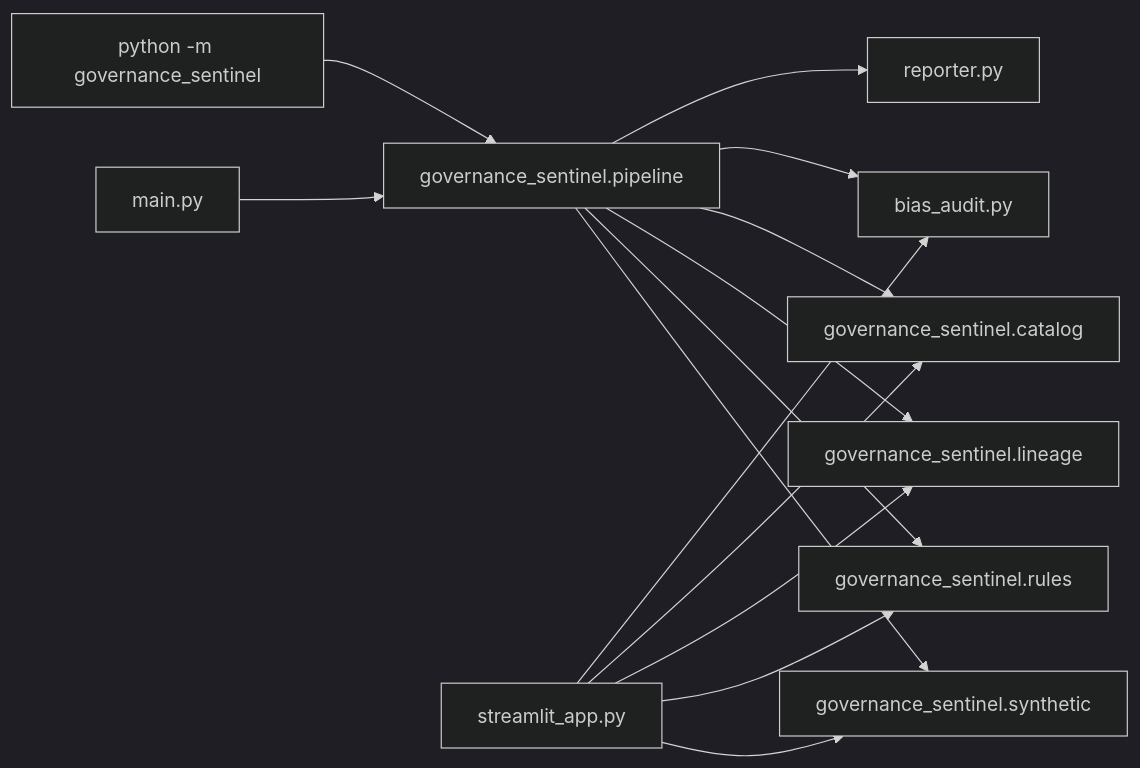
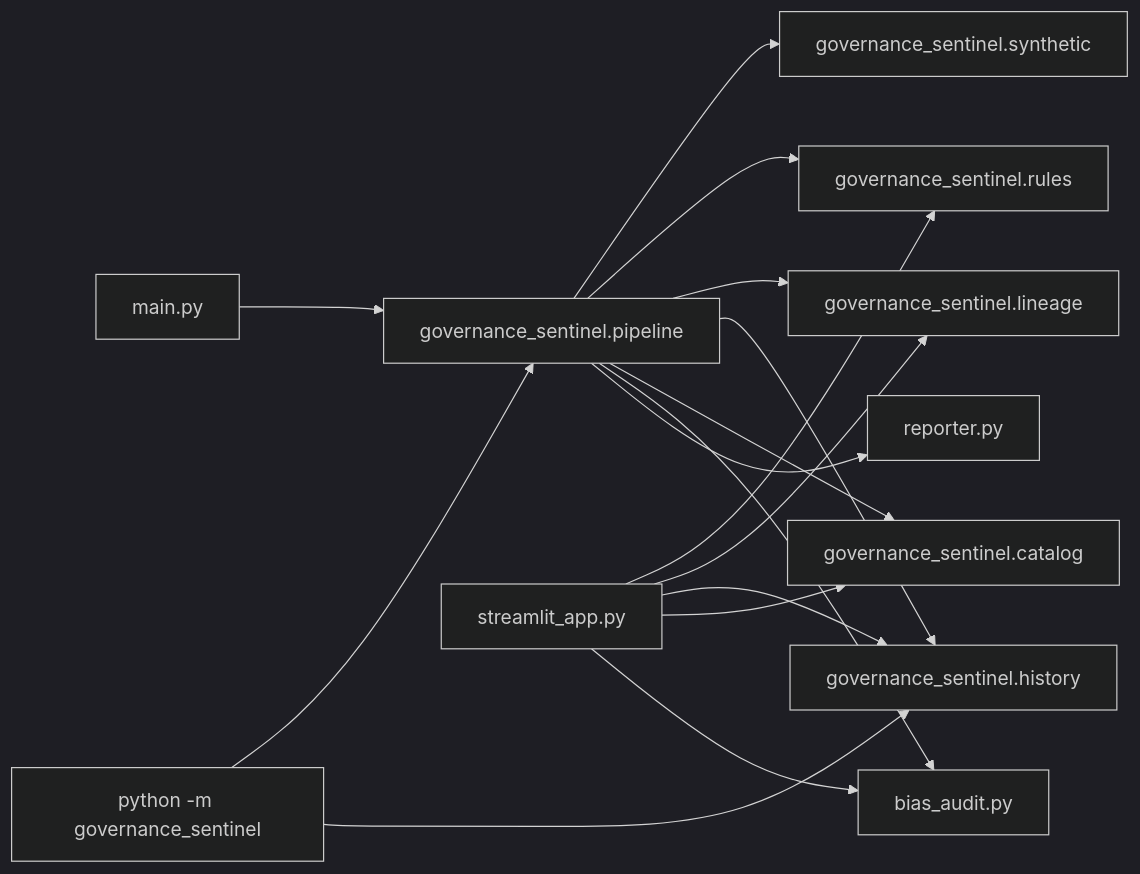
The fifth of 6 diagrams in README.md (delens/Governance-Sentinel), drawn with Mermaid (dark theme) before and after one commit. The commit also changed other lines of this file and 25 other files, not shown here.

````diff
--- a/README.md
+++ b/README.md
@@ -210,27 +240,30 @@
 ```mermaid
 flowchart LR
   mainPy["main.py"]
   cli["python -m governance_sentinel"]
   pipeline["governance_sentinel.pipeline"]
   synthetic["governance_sentinel.synthetic"]
   rulesPy["governance_sentinel.rules"]
   lineagePy["governance_sentinel.lineage"]
+  historyPy["governance_sentinel.history"]
   catalogPy["governance_sentinel.catalog"]
   biasPy["bias_audit.py"]
   reporterPy["reporter.py"]
   app["streamlit_app.py"]
 
   mainPy --> pipeline
   cli --> pipeline
+  cli --> historyPy
   pipeline --> synthetic
   pipeline --> rulesPy
   pipeline --> lineagePy
+  pipeline --> historyPy
   pipeline --> catalogPy
   pipeline --> biasPy
   pipeline --> reporterPy
-  app --> synthetic
   app --> rulesPy
   app --> lineagePy
+  app --> historyPy
   app --> catalogPy
   app --> biasPy
 ```
````
